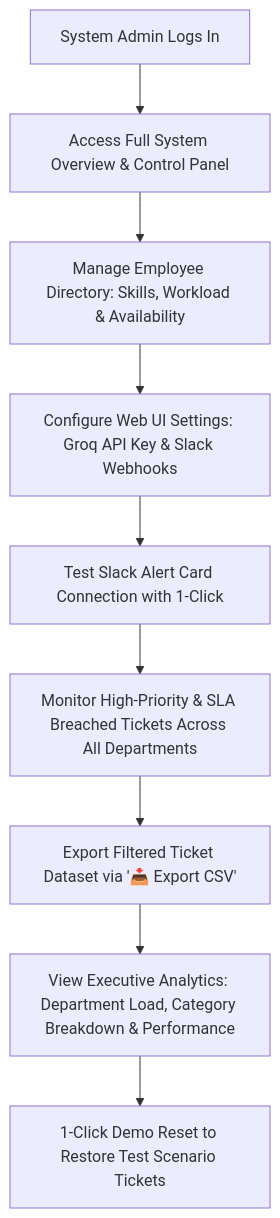
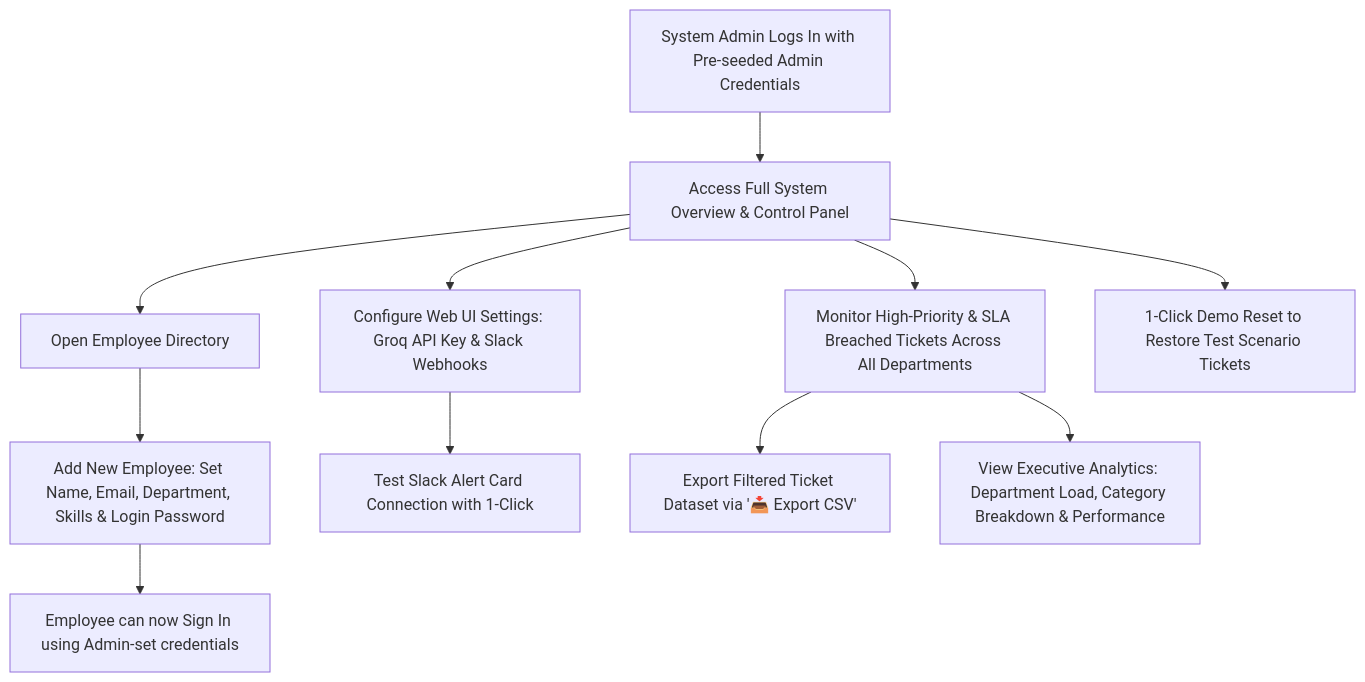
One commit to adit-syntax/ResolvAI changed the third of 3 diagrams in ai-ticketing-system/README.md. Above: the diagram before and after it, drawn with Mermaid. The commit also changed other lines of this file and 7 other files, not shown here.

First line of the commit message:
feat: real Google OAuth + clean access control

````diff
--- a/ai-ticketing-system/README.md
+++ b/ai-ticketing-system/README.md
@@ -98,11 +107,13 @@
 ```mermaid
 graph TD
-    A3[System Admin Logs In] --> B3[Access Full System Overview & Control Panel]
-    B3 --> C3[Manage Employee Directory: Skills, Workload & Availability]
-    C3 --> D3[Configure Web UI Settings: Groq API Key & Slack Webhooks]
-    D3 --> E3[Test Slack Alert Card Connection with 1-Click]
-    E3 --> F3[Monitor High-Priority & SLA Breached Tickets Across All Departments]
-    F3 --> G3[Export Filtered Ticket Dataset via '📥 Export CSV']
-    G3 --> H3[View Executive Analytics: Department Load, Category Breakdown & Performance]
-    H3 --> I3[1-Click Demo Reset to Restore Test Scenario Tickets]
+    A3[System Admin Logs In with Pre-seeded Admin Credentials] --> B3[Access Full System Overview & Control Panel]
+    B3 --> C3[Open Employee Directory]
+    C3 --> D3[Add New Employee: Set Name, Email, Department, Skills & Login Password]
+    D3 --> E3[Employee can now Sign In using Admin-set credentials]
+    B3 --> F3[Configure Web UI Settings: Groq API Key & Slack Webhooks]
+    F3 --> G3[Test Slack Alert Card Connection with 1-Click]
+    B3 --> H3[Monitor High-Priority & SLA Breached Tickets Across All Departments]
+    H3 --> I3[Export Filtered Ticket Dataset via '📥 Export CSV']
+    H3 --> J3[View Executive Analytics: Department Load, Category Breakdown & Performance]
+    B3 --> K3[1-Click Demo Reset to Restore Test Scenario Tickets]
 ```
````
